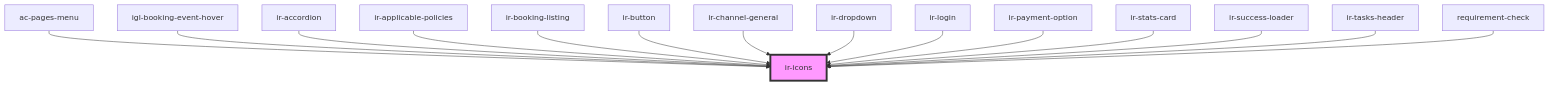
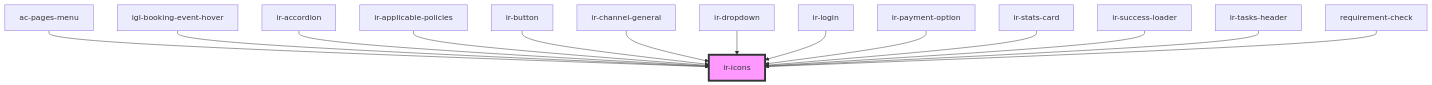
The diagram in src/components/ui/ir-icons/readme.md (David1Chowaifaty/modified-ir-webcmp), drawn with Mermaid before and after one commit. The commit also changed other lines of this file and 77 other files, not shown here.

````diff
--- a/src/components/ui/ir-icons/readme.md
+++ b/src/components/ui/ir-icons/readme.md
@@ -35,18 +34,17 @@
 ```mermaid
 graph TD;
   ac-pages-menu --> ir-icons
   igl-booking-event-hover --> ir-icons
   ir-accordion --> ir-icons
   ir-applicable-policies --> ir-icons
-  ir-booking-listing --> ir-icons
   ir-button --> ir-icons
   ir-channel-general --> ir-icons
   ir-dropdown --> ir-icons
   ir-login --> ir-icons
   ir-payment-option --> ir-icons
   ir-stats-card --> ir-icons
   ir-success-loader --> ir-icons
   ir-tasks-header --> ir-icons
   requirement-check --> ir-icons
   style ir-icons fill:#f9f,stroke:#333,stroke-width:4px
 ```
````
